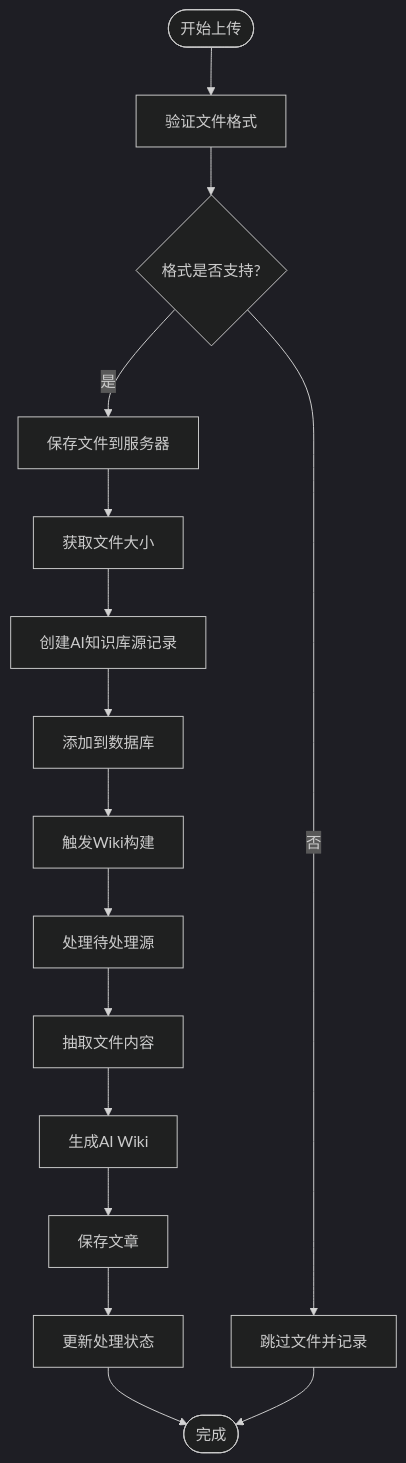
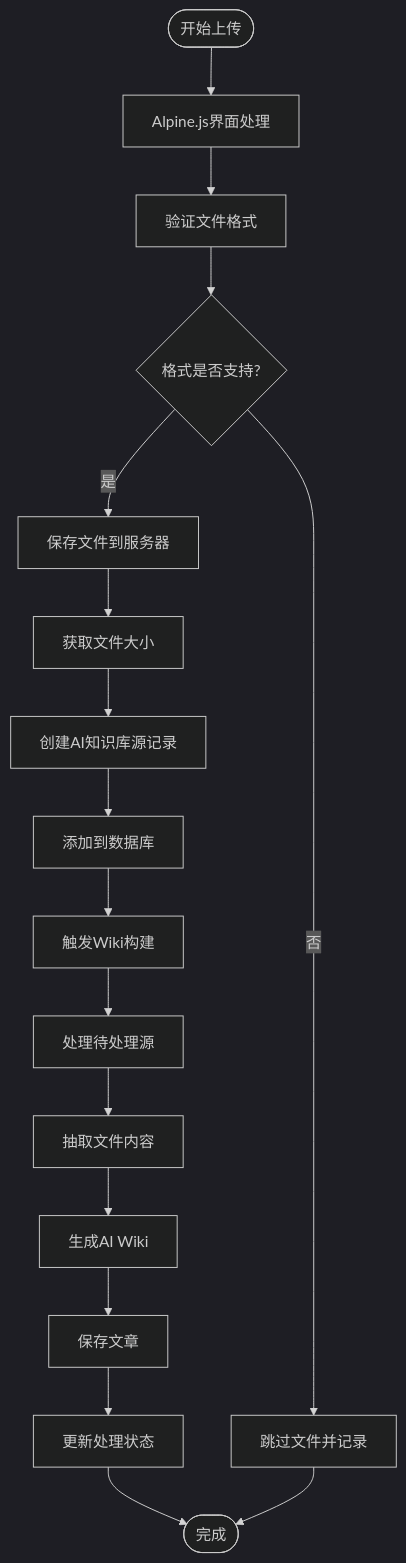
The third of 7 diagrams in .qoder/repowiki/zh/content/核心模块/AI知识库模块/AI知识库外部文件上传功能.md (beyondalbert/my_wiki), drawn with Mermaid (dark theme) before and after one commit. The commit also changed other lines of this file and 2 other files, not shown here.

````diff
--- a/.qoder/repowiki/zh/content/核心模块/AI知识库模块/AI知识库外部文件上传功能.md
+++ b/.qoder/repowiki/zh/content/核心模块/AI知识库模块/AI知识库外部文件上传功能.md
@@ -139,18 +176,19 @@
 ```mermaid
 flowchart TD
-Start([开始上传]) --> ValidateFormat[验证文件格式]
+Start([开始上传]) --> AlpineUI[Alpine.js界面处理]
+AlpineUI --> ValidateFormat[验证文件格式]
 ValidateFormat --> FormatSupported{格式是否支持?}
 FormatSupported --> |否| SkipFile[跳过文件并记录]
 FormatSupported --> |是| SaveFile[保存文件到服务器]
 SaveFile --> GetFileSize[获取文件大小]
 GetFileSize --> CreateSource[创建AI知识库源记录]
 CreateSource --> AddToDatabase[添加到数据库]
 AddToDatabase --> TriggerBuild[触发Wiki构建]
 TriggerBuild --> ProcessPending[处理待处理源]
 ProcessPending --> ExtractText[抽取文件内容]
 ExtractText --> GenerateWiki[生成AI Wiki]
 GenerateWiki --> SaveArticles[保存文章]
 SaveArticles --> UpdateStatus[更新处理状态]
 UpdateStatus --> End([完成])
 SkipFile --> End
 ```
````
